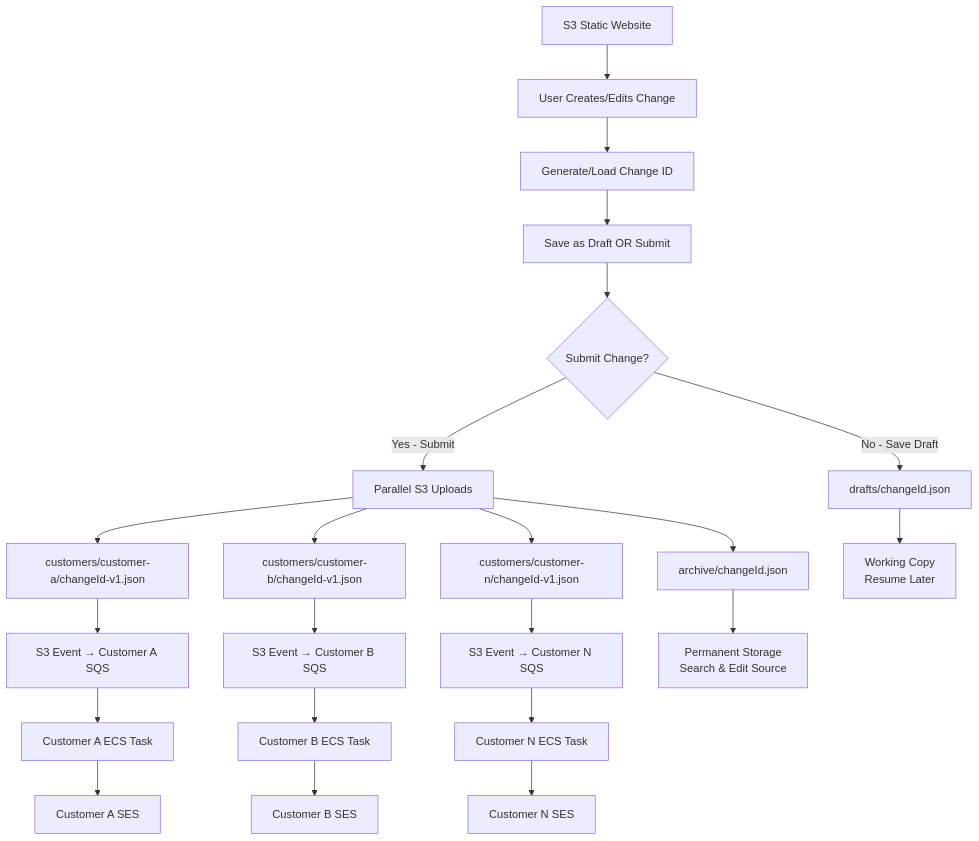
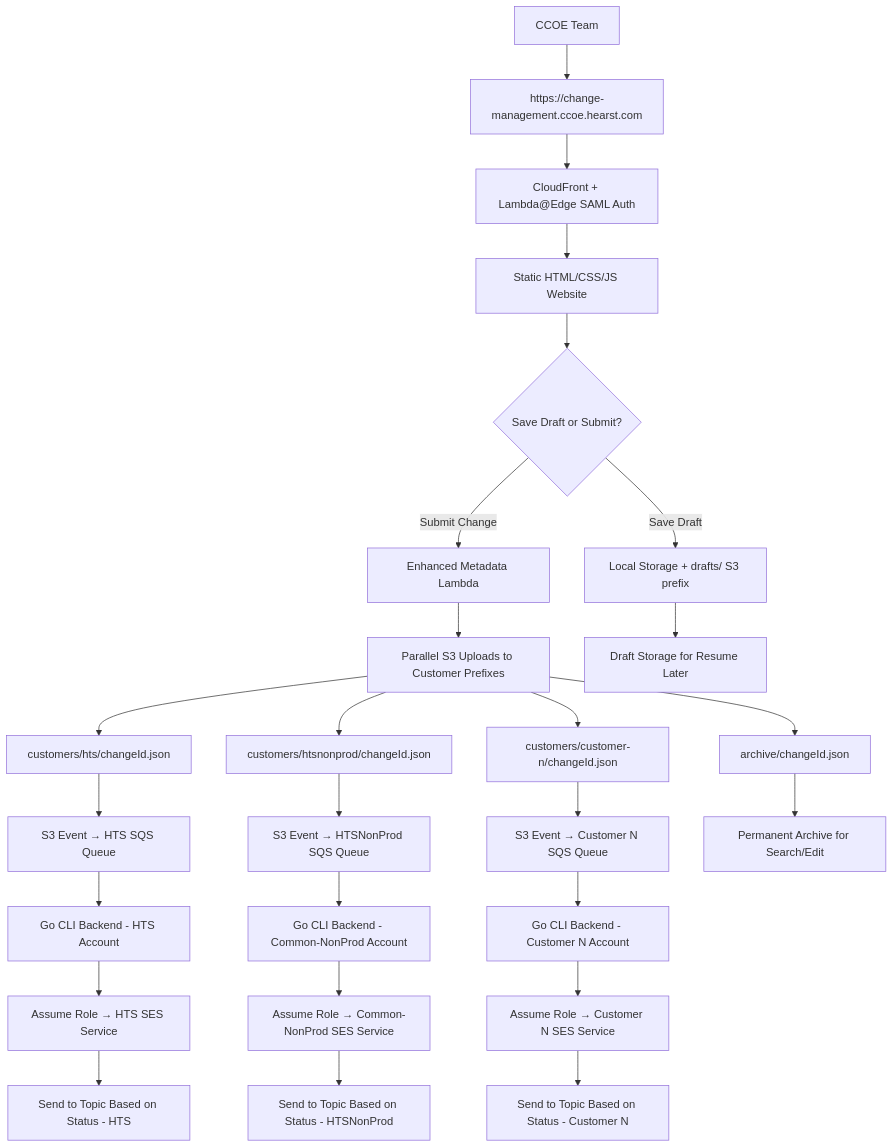
Before and after one commit to hts-ccoe-source/ccoe-customer-contact-manager: the diagram in .kiro/specs/multi-customer-email-distribution/design.md, drawn with Mermaid. The commit also changed other lines of this file and 14 other files, not shown here.

````diff
--- a/.kiro/specs/multi-customer-email-distribution/design.md
+++ b/.kiro/specs/multi-customer-email-distribution/design.md
@@ -13,30 +13,35 @@
 ```mermaid
 graph TB
-    A[S3 Static Website] --> B[User Creates/Edits Change]
-    B --> C[Generate/Load Change ID]
-    C --> D[Save as Draft OR Submit]
+    A[CCOE Team] --> B[https://change-management.ccoe.hearst.com]
+    B --> C[CloudFront + Lambda@Edge SAML Auth]
+    C --> D[Static HTML/CSS/JS Website]
     
-    D --> E{Submit Change?}
-    E -->|No - Save Draft| F[drafts/changeId.json]
-    E -->|Yes - Submit| G[Parallel S3 Uploads]
+    D --> E{Save Draft or Submit?}
+    E -->|Save Draft| F[Local Storage + drafts/ S3 prefix]
+    E -->|Submit Change| G[Enhanced Metadata Lambda]
     
-    G --> H[customers/customer-a/changeId-v1.json]
-    G --> I[customers/customer-b/changeId-v1.json]
-    G --> J[customers/customer-n/changeId-v1.json]
-    G --> K[archive/changeId.json]
+    G --> H[Parallel S3 Uploads to Customer Prefixes]
+    H --> I[customers/hts/changeId.json]
+    H --> J[customers/htsnonprod/changeId.json] 
+    H --> K[customers/customer-n/changeId.json]
+    H --> L[archive/changeId.json]
     
-    H --> L[S3 Event → Customer A SQS]
-    I --> M[S3 Event → Customer B SQS]
-    J --> N[S3 Event → Customer N SQS]
+    I --> M[S3 Event → HTS SQS Queue]
+    J --> N[S3 Event → HTSNonProd SQS Queue]
+    K --> O[S3 Event → Customer N SQS Queue]
     
-    L --> O[Customer A ECS Task]
-    M --> P[Customer B ECS Task]
-    N --> Q[Customer N ECS Task]
+    M --> P[Go CLI Backend - HTS Account]
+    N --> Q[Go CLI Backend - Common-NonProd Account]
+    O --> R[Go CLI Backend - Customer N Account]
     
-    O --> R[Customer A SES]
-    P --> S[Customer B SES]
-    Q --> T[Customer N SES]
+    P --> S[Assume Role → HTS SES Service]
+    Q --> T[Assume Role → Common-NonProd SES Service]
+    R --> U[Assume Role → Customer N SES Service]
     
-    K --> U[Permanent Storage<br/>Search & Edit Source]
-    F --> V[Working Copy<br/>Resume Later]
+    S --> V[Send to Topic Based on Status - HTS]
+    T --> W[Send to Topic Based on Status - HTSNonProd]
+    U --> X[Send to Topic Based on Status - Customer N]
+    
+    L --> Y[Permanent Archive for Search/Edit]
+    F --> Z[Draft Storage for Resume Later]
 ```
````
